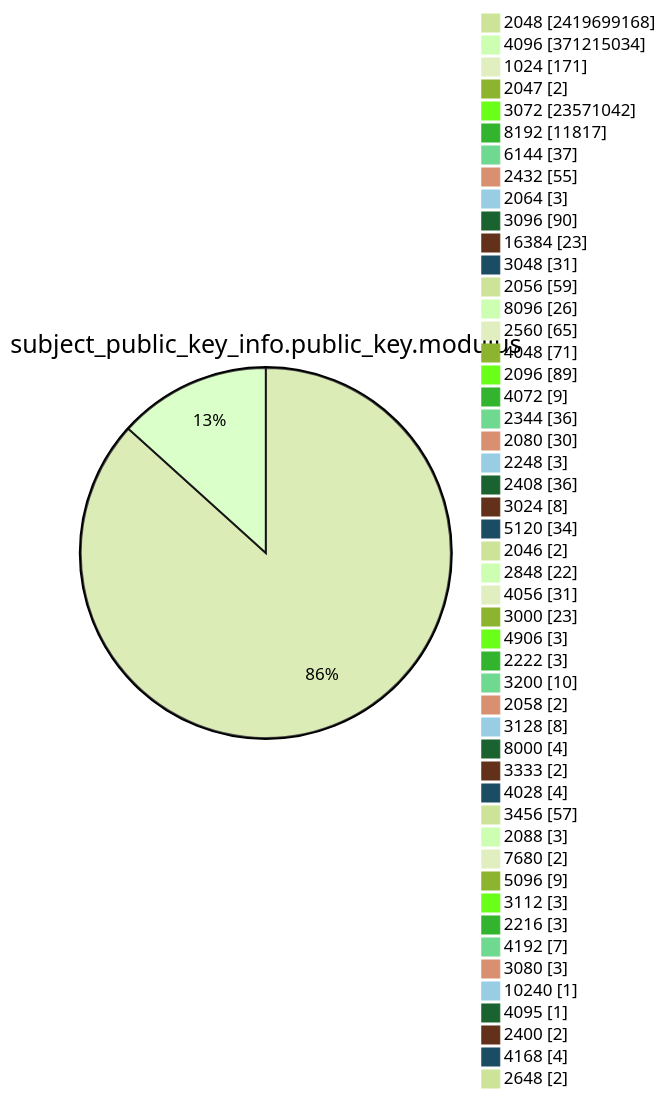
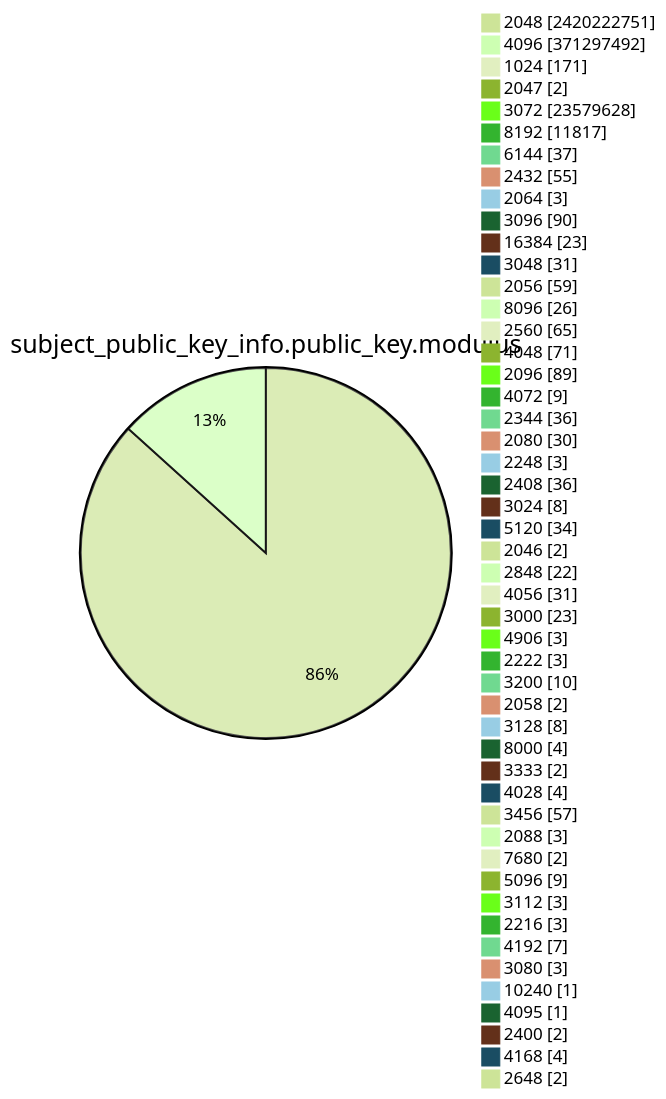
Diagram 13 of 15 in TOTAL/README.md (christiankrug/ctmonitor_visualization), drawn with Mermaid (forest theme) before and after one commit. The commit also changed other lines of this file, not shown here.

````diff
--- a/TOTAL/README.md
+++ b/TOTAL/README.md
@@ -4167,53 +4167,53 @@
 ```mermaid
 pie showData
 title subject_public_key_info.public_key.modulus
-"2048" :2419699168
-"4096" :371215034
+"2048" :2420222751
+"4096" :371297492
 "1024" :171
 "2047" :2
-"3072" :23571042
+"3072" :23579628
 "8192" :11817
 "6144" :37
 "2432" :55
 "2064" :3
 "3096" :90
 "16384" :23
 "3048" :31
 "2056" :59
 "8096" :26
 "2560" :65
 "4048" :71
 "2096" :89
 "4072" :9
 "2344" :36
 "2080" :30
 "2248" :3
 "2408" :36
 "3024" :8
 "5120" :34
 "2046" :2
 "2848" :22
 "4056" :31
 "3000" :23
 "4906" :3
 "2222" :3
 "3200" :10
 "2058" :2
 "3128" :8
 "8000" :4
 "3333" :2
 "4028" :4
 "3456" :57
 "2088" :3
 "7680" :2
 "5096" :9
 "3112" :3
 "2216" :3
 "4192" :7
 "3080" :3
 "10240" :1
 "4095" :1
 "2400" :2
 "4168" :4
 "2648" :2
 ```
````
